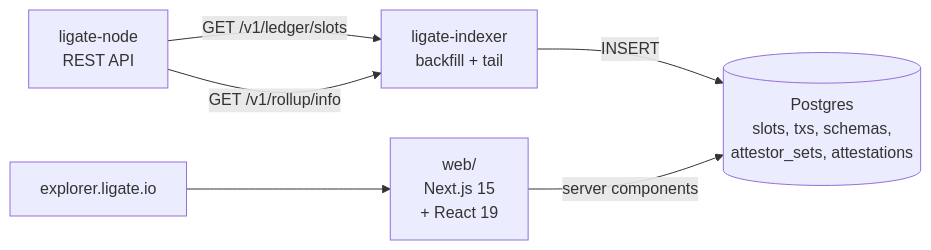
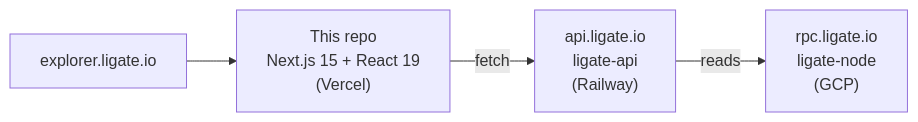
The diagram in README.md (ligate-io/ligate-explorer), drawn with Mermaid before and after one commit. The commit also changed other lines of this file and 74 other files, not shown here.

````diff
--- a/README.md
+++ b/README.md
@@ -53,14 +40,11 @@
 ```mermaid
 flowchart LR
-    Chain[ligate-node<br/>REST API]
-    Indexer[ligate-indexer<br/>backfill + tail]
-    DB[("Postgres<br/>slots, txs, schemas,<br/>attestor_sets, attestations")]
-    Web[web/<br/>Next.js 15<br/>+ React 19]
     User["explorer.ligate.io"]
+    Web["This repo<br/>Next.js 15 + React 19<br/>(Vercel)"]
+    API["api.ligate.io<br/>ligate-api<br/>(Railway)"]
+    Chain["rpc.ligate.io<br/>ligate-node<br/>(GCP)"]
 
-    Chain -->|"GET /v1/ledger/slots"| Indexer
-    Chain -->|"GET /v1/rollup/info"| Indexer
-    Indexer -->|"INSERT"| DB
-    Web -->|"server components"| DB
     User --> Web
+    Web -->|fetch| API
+    API -->|reads| Chain
 ```
````
